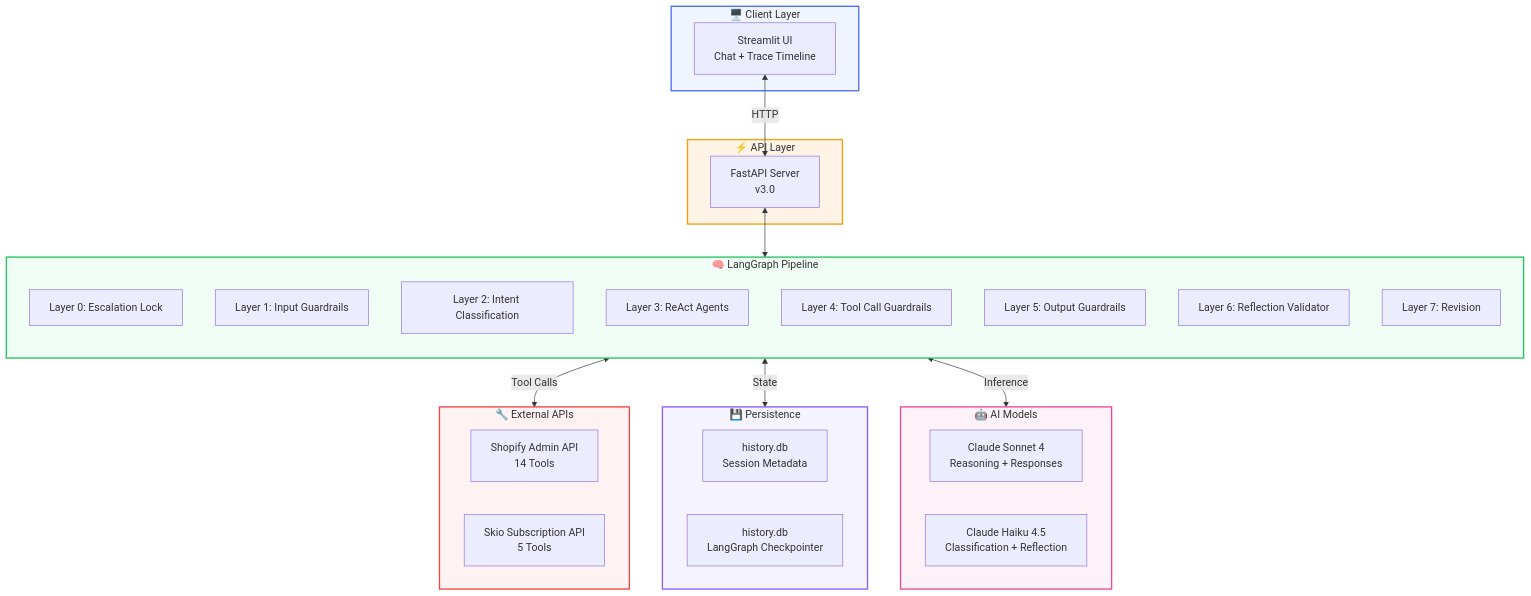
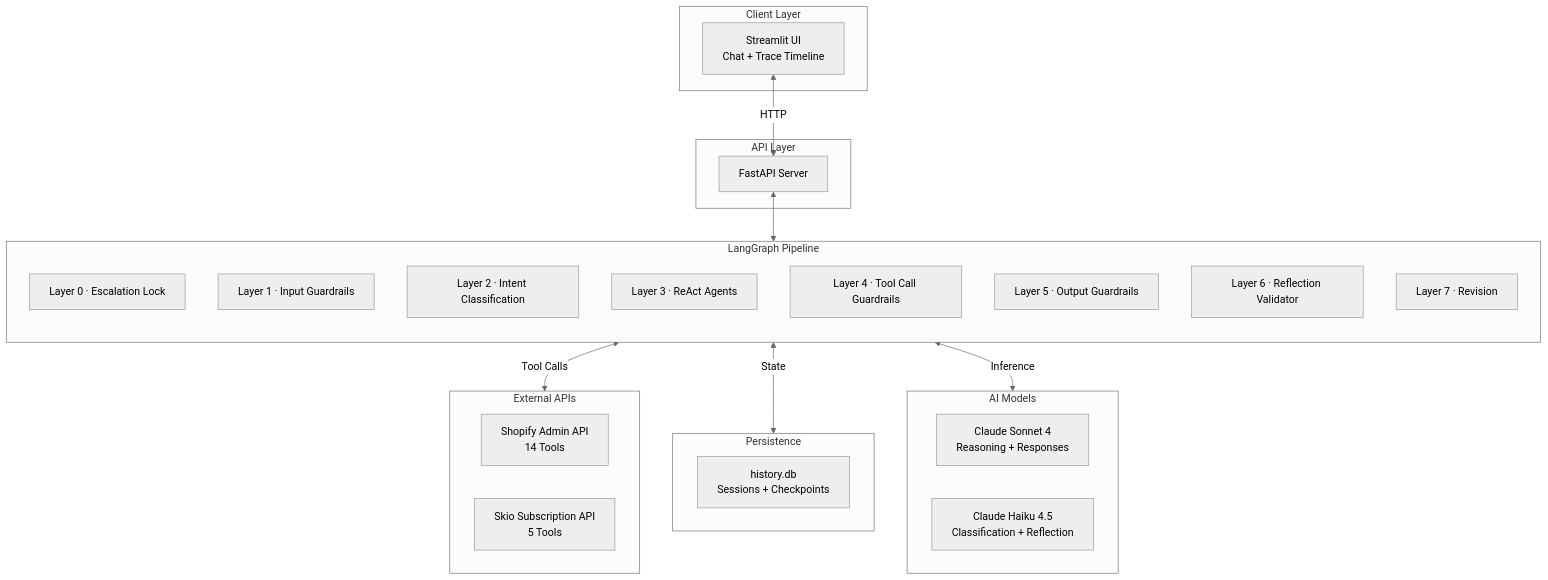
Before and after one commit to EminDurmuSS/lookfor-hackathon: the first of 11 diagrams in README.md, drawn with Mermaid. The commit also changed other lines of this file, not shown here.

````diff
--- a/README.md
+++ b/README.md
@@ -50,50 +50,43 @@
 ```mermaid
+%%{init: {'theme': 'neutral'}}%%
 graph TB
-    subgraph CLIENT["🖥️ Client Layer"]
+    subgraph CLIENT["Client Layer"]
         UI["Streamlit UI<br/>Chat + Trace Timeline"]
     end
 
-    subgraph API["⚡ API Layer"]
-        FAST["FastAPI Server<br/>v3.0"]
+    subgraph API["API Layer"]
+        FAST["FastAPI Server"]
     end
 
-    subgraph GRAPH["🧠 LangGraph Pipeline"]
+    subgraph GRAPH["LangGraph Pipeline"]
         direction TB
-        L0["Layer 0: Escalation Lock"]
-        L1["Layer 1: Input Guardrails"]
-        L2["Layer 2: Intent Classification"]
-        L3["Layer 3: ReAct Agents"]
-        L4["Layer 4: Tool Call Guardrails"]
-        L5["Layer 5: Output Guardrails"]
-        L6["Layer 6: Reflection Validator"]
-        L7["Layer 7: Revision"]
+        L0["Layer 0 · Escalation Lock"]
+        L1["Layer 1 · Input Guardrails"]
+        L2["Layer 2 · Intent Classification"]
+        L3["Layer 3 · ReAct Agents"]
+        L4["Layer 4 · Tool Call Guardrails"]
+        L5["Layer 5 · Output Guardrails"]
+        L6["Layer 6 · Reflection Validator"]
+        L7["Layer 7 · Revision"]
     end
 
-    subgraph TOOLS["🔧 External APIs"]
+    subgraph TOOLS["External APIs"]
         SHOP["Shopify Admin API<br/>14 Tools"]
         SKIO["Skio Subscription API<br/>5 Tools"]
     end
 
-    subgraph STORAGE["💾 Persistence"]
-        SQLITE_HIST["history.db<br/>Session Metadata"]
-        SQLITE_CP["history.db<br/>LangGraph Checkpointer"]
+    subgraph STORAGE["Persistence"]
+        DB["history.db<br/>Sessions + Checkpoints"]
     end
 
-    subgraph MODELS["🤖 AI Models"]
+    subgraph MODELS["AI Models"]
         SONNET["Claude Sonnet 4<br/>Reasoning + Responses"]
         HAIKU["Claude Haiku 4.5<br/>Classification + Reflection"]
     end
 
     UI <-->|HTTP| FAST
     FAST <--> GRAPH
     GRAPH <-->|Tool Calls| TOOLS
     GRAPH <-->|State| STORAGE
     GRAPH <-->|Inference| MODELS
-
-    style CLIENT fill:#f0f4ff,stroke:#4a6cf7,stroke-width:2px
-    style API fill:#fff4e6,stroke:#f59e0b,stroke-width:2px
-    style GRAPH fill:#f0fdf4,stroke:#22c55e,stroke-width:2px
-    style TOOLS fill:#fef2f2,stroke:#ef4444,stroke-width:2px
-    style STORAGE fill:#f5f3ff,stroke:#8b5cf6,stroke-width:2px
-    style MODELS fill:#fdf2f8,stroke:#ec4899,stroke-width:2px
 ```
````
